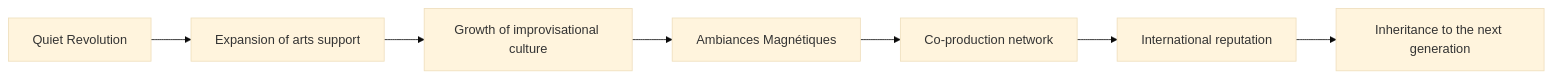
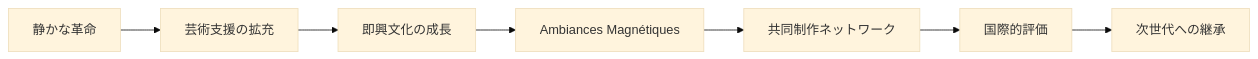
One commit to monumental-movement/monumental-movement.github.io changed the first of 2 diagrams in en/_posts/2026-07-25-column-quebec.md. Above: the diagram before and after it, drawn with Mermaid (base theme). The commit also changed other lines of this file and 2196 other files, not shown here.

```diff
--- a/en/_posts/2026-07-25-column-quebec.md
+++ b/en/_posts/2026-07-25-column-quebec.md
@@ -430,11 +429,11 @@
 <div class="mermaid">
 graph LR
 
-A["Quiet Revolution"] --> B["Expansion of arts support"]
-B --> C["Growth of improvisational culture"]
+A["静かな革命"] --> B["芸術支援の拡充"]
+B --> C["即興文化の成長"]
 C --> D["Ambiances Magnétiques"]
-D --> E["Co-production network"]
-E --> F["International reputation"]
-F --> G["Inheritance to the next generation"]
+D --> E["共同制作ネットワーク"]
+E --> F["国際的評価"]
+F --> G["次世代への継承"]
 
 </div>
```
